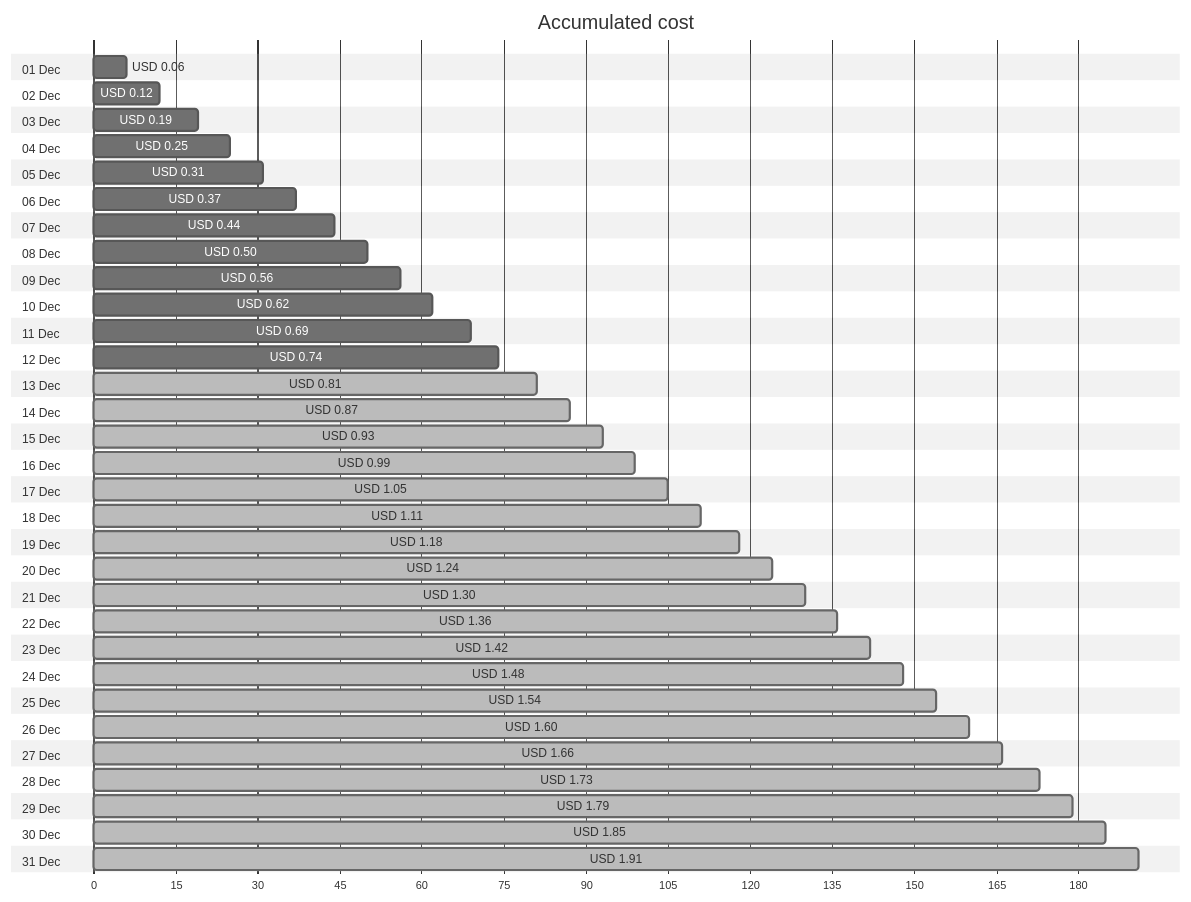
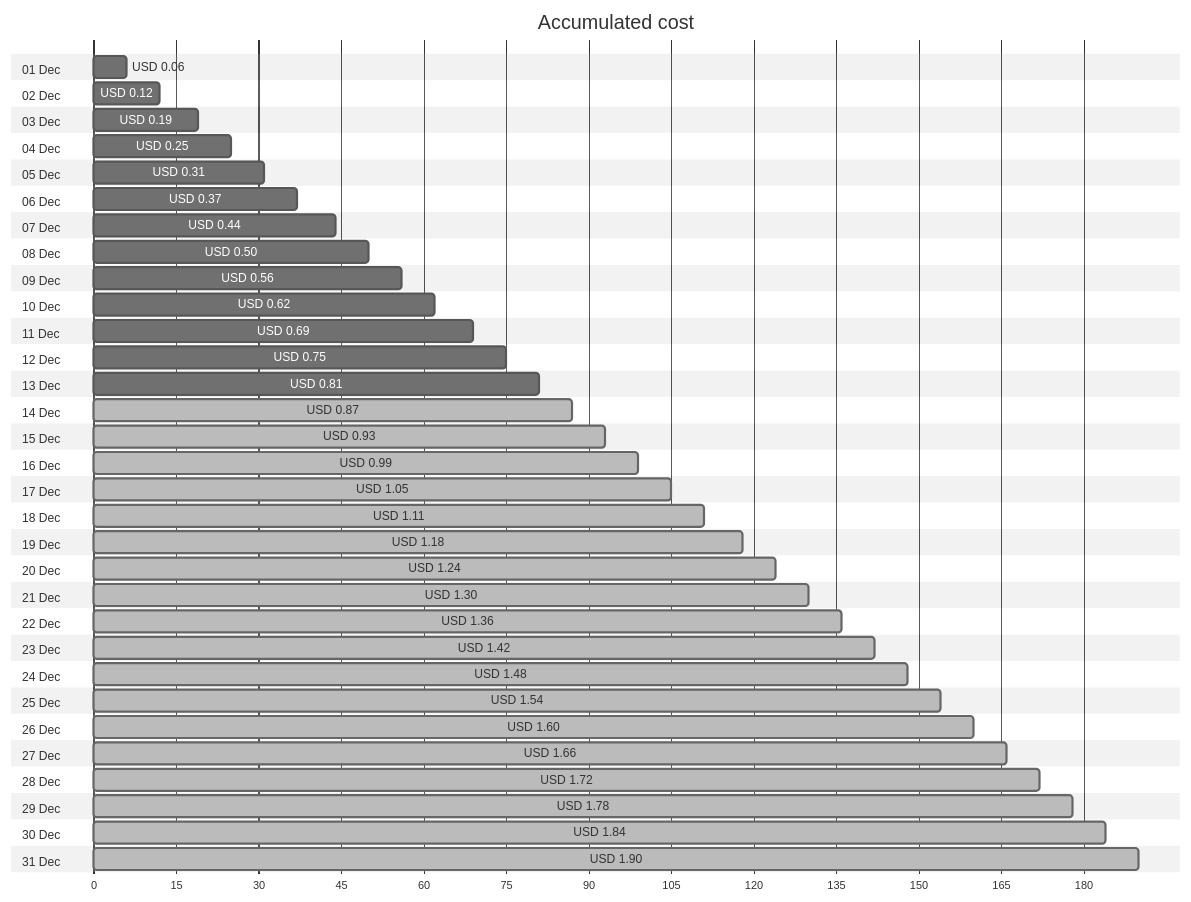
One commit to jpfulton/azure-personal-reports changed the first of 4 diagrams in cost-reports/personal-network/vpn-server_OsDisk.md. Above: the diagram before and after it, drawn with Mermaid (neutral theme). The commit also changed other lines of this file and 8 other files, not shown here.

````diff
--- a/cost-reports/personal-network/vpn-server_OsDisk.md
+++ b/cost-reports/personal-network/vpn-server_OsDisk.md
@@ -20,68 +20,68 @@
 ```mermaid
 gantt
    title Accumulated cost
    dateFormat  X
    axisFormat %s
    section 01 Dec
    USD 0.06 :0, 6
    section 02 Dec
    USD 0.12 :0, 12
    section 03 Dec
    USD 0.19 :0, 19
    section 04 Dec
    USD 0.25 :0, 25
    section 05 Dec
    USD 0.31 :0, 31
    section 06 Dec
    USD 0.37 :0, 37
    section 07 Dec
    USD 0.44 :0, 44
    section 08 Dec
    USD 0.50 :0, 50
    section 09 Dec
    USD 0.56 :0, 56
    section 10 Dec
    USD 0.62 :0, 62
    section 11 Dec
    USD 0.69 :0, 69
    section 12 Dec
-   USD 0.74 :0, 74
+   USD 0.75 :0, 75
    section 13 Dec
-   USD 0.81 : done, 0, 81
+   USD 0.81 :0, 81
    section 14 Dec
    USD 0.87 : done, 0, 87
    section 15 Dec
    USD 0.93 : done, 0, 93
    section 16 Dec
    USD 0.99 : done, 0, 99
    section 17 Dec
    USD 1.05 : done, 0, 105
    section 18 Dec
    USD 1.11 : done, 0, 111
    section 19 Dec
    USD 1.18 : done, 0, 118
    section 20 Dec
    USD 1.24 : done, 0, 124
    section 21 Dec
    USD 1.30 : done, 0, 130
    section 22 Dec
    USD 1.36 : done, 0, 136
    section 23 Dec
    USD 1.42 : done, 0, 142
    section 24 Dec
    USD 1.48 : done, 0, 148
    section 25 Dec
    USD 1.54 : done, 0, 154
    section 26 Dec
    USD 1.60 : done, 0, 160
    section 27 Dec
    USD 1.66 : done, 0, 166
    section 28 Dec
-   USD 1.73 : done, 0, 173
+   USD 1.72 : done, 0, 172
    section 29 Dec
-   USD 1.79 : done, 0, 179
+   USD 1.78 : done, 0, 178
    section 30 Dec
-   USD 1.85 : done, 0, 185
+   USD 1.84 : done, 0, 184
    section 31 Dec
-   USD 1.91 : done, 0, 191
+   USD 1.90 : done, 0, 190
 ```
````
